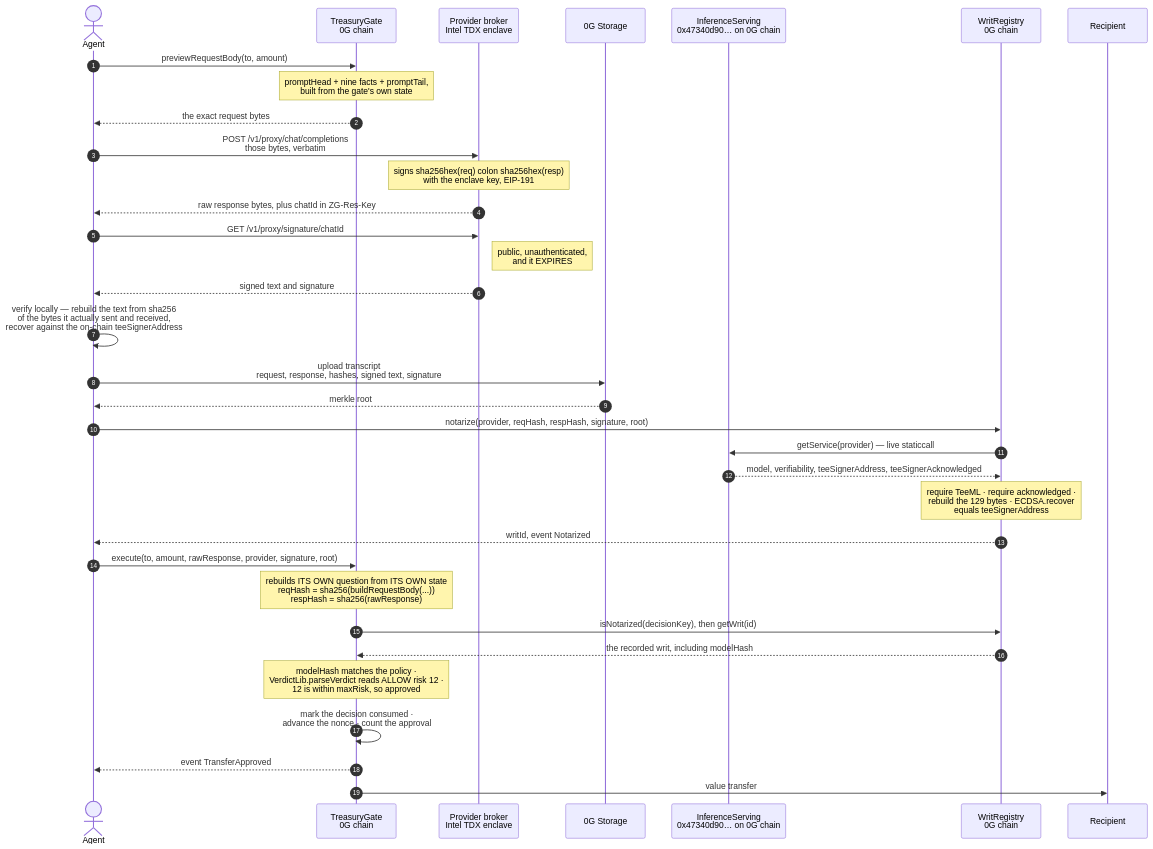
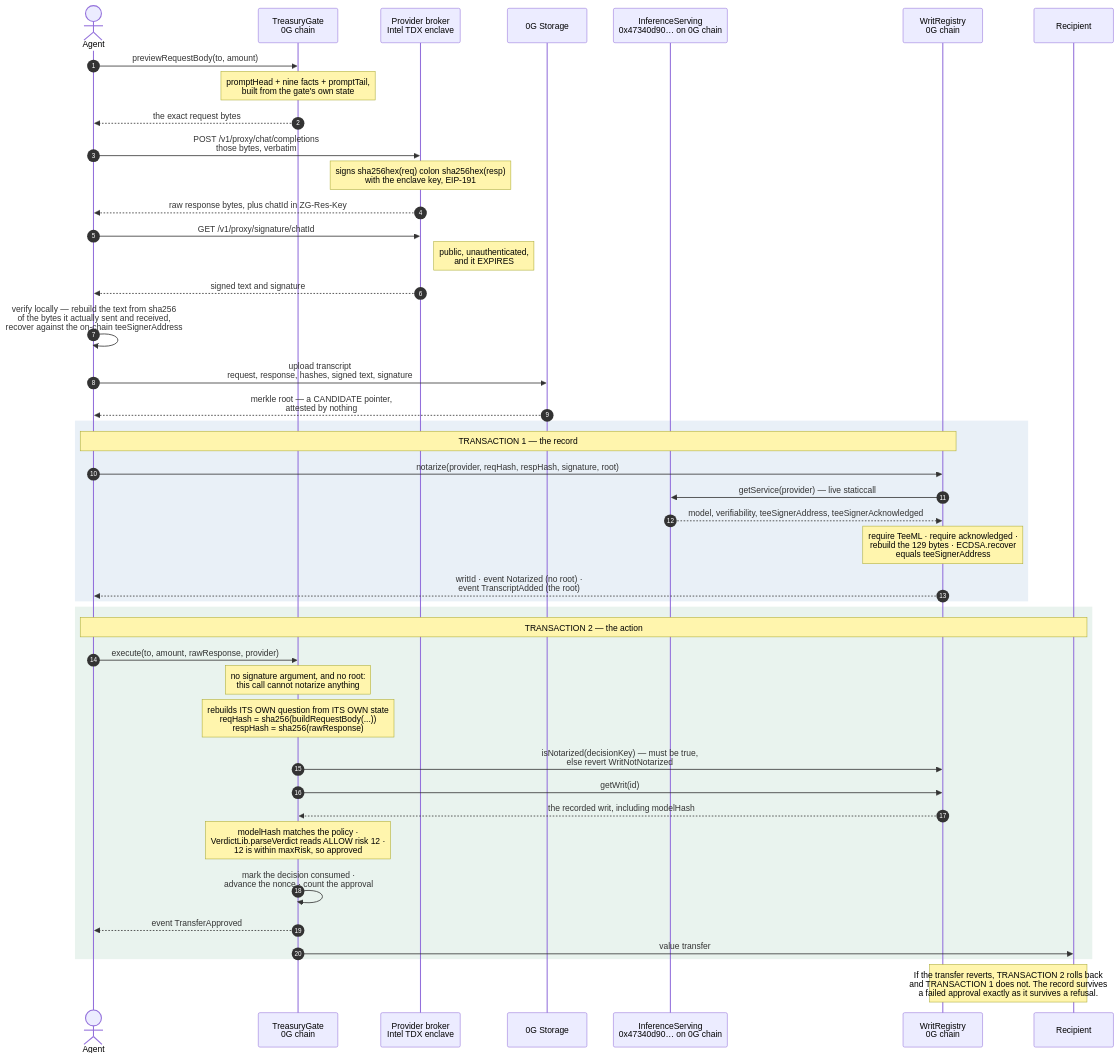
One commit to RaYYeR220/writ changed the first of 2 diagrams in docs/architecture.md. Above: the diagram before and after it, drawn with Mermaid. The commit also changed other lines of this file and 2 other files, not shown here.

First line of the commit message:
Bring the reference and honesty docs back in line with the contracts

````diff
--- a/docs/architecture.md
+++ b/docs/architecture.md
@@ -941,42 +1226,52 @@
 ```mermaid
 sequenceDiagram
     autonumber
     actor Agent
     participant Gate as TreasuryGate<br/>0G chain
     participant TEE as Provider broker<br/>Intel TDX enclave
     participant Store as 0G Storage
     participant Serving as InferenceServing<br/>0x47340d90… on 0G chain
     participant Reg as WritRegistry<br/>0G chain
     participant Dest as Recipient
 
     Agent->>Gate: previewRequestBody(to, amount)
     Note over Gate: promptHead + nine facts + promptTail,<br/>built from the gate's own state
     Gate-->>Agent: the exact request bytes
 
     Agent->>TEE: POST /v1/proxy/chat/completions<br/>those bytes, verbatim
     Note over TEE: signs sha256hex(req) colon sha256hex(resp)<br/>with the enclave key, EIP-191
     TEE-->>Agent: raw response bytes, plus chatId in ZG-Res-Key
 
     Agent->>TEE: GET /v1/proxy/signature/chatId
     Note right of TEE: public, unauthenticated,<br/>and it EXPIRES
     TEE-->>Agent: signed text and signature
 
     Agent->>Agent: verify locally — rebuild the text from sha256<br/>of the bytes it actually sent and received,<br/>recover against the on-chain teeSignerAddress
     Agent->>Store: upload transcript<br/>request, response, hashes, signed text, signature
-    Store-->>Agent: merkle root
+    Store-->>Agent: merkle root — a CANDIDATE pointer,<br/>attested by nothing
 
+    rect rgba(40,110,180,0.10)
+    Note over Agent,Reg: TRANSACTION 1 — the record
     Agent->>Reg: notarize(provider, reqHash, respHash, signature, root)
     Reg->>Serving: getService(provider) — live staticcall
     Serving-->>Reg: model, verifiability, teeSignerAddress, teeSignerAcknowledged
     Note over Reg: require TeeML · require acknowledged ·<br/>rebuild the 129 bytes · ECDSA.recover<br/>equals teeSignerAddress
-    Reg-->>Agent: writId, event Notarized
+    Reg-->>Agent: writId · event Notarized (no root) ·<br/>event TranscriptAdded (the root)
+    end
 
-    Agent->>Gate: execute(to, amount, rawResponse, provider, signature, root)
+    rect rgba(40,140,90,0.10)
+    Note over Agent,Dest: TRANSACTION 2 — the action
+    Agent->>Gate: execute(to, amount, rawResponse, provider)
+    Note over Gate: no signature argument, and no root:<br/>this call cannot notarize anything
     Note over Gate: rebuilds ITS OWN question from ITS OWN state<br/>reqHash = sha256(buildRequestBody(...))<br/>respHash = sha256(rawResponse)
-    Gate->>Reg: isNotarized(decisionKey), then getWrit(id)
+    Gate->>Reg: isNotarized(decisionKey) — must be true,<br/>else revert WritNotNotarized
+    Gate->>Reg: getWrit(id)
     Reg-->>Gate: the recorded writ, including modelHash
     Note over Gate: modelHash matches the policy ·<br/>VerdictLib.parseVerdict reads ALLOW risk 12 ·<br/>12 is within maxRisk, so approved
     Gate->>Gate: mark the decision consumed ·<br/>advance the nonce · count the approval
     Gate-->>Agent: event TransferApproved
     Gate->>Dest: value transfer
+    end
+
+    Note over Reg,Dest: If the transfer reverts, TRANSACTION 2 rolls back<br/>and TRANSACTION 1 does not. The record survives<br/>a failed approval exactly as it survives a refusal.
 ```
````
